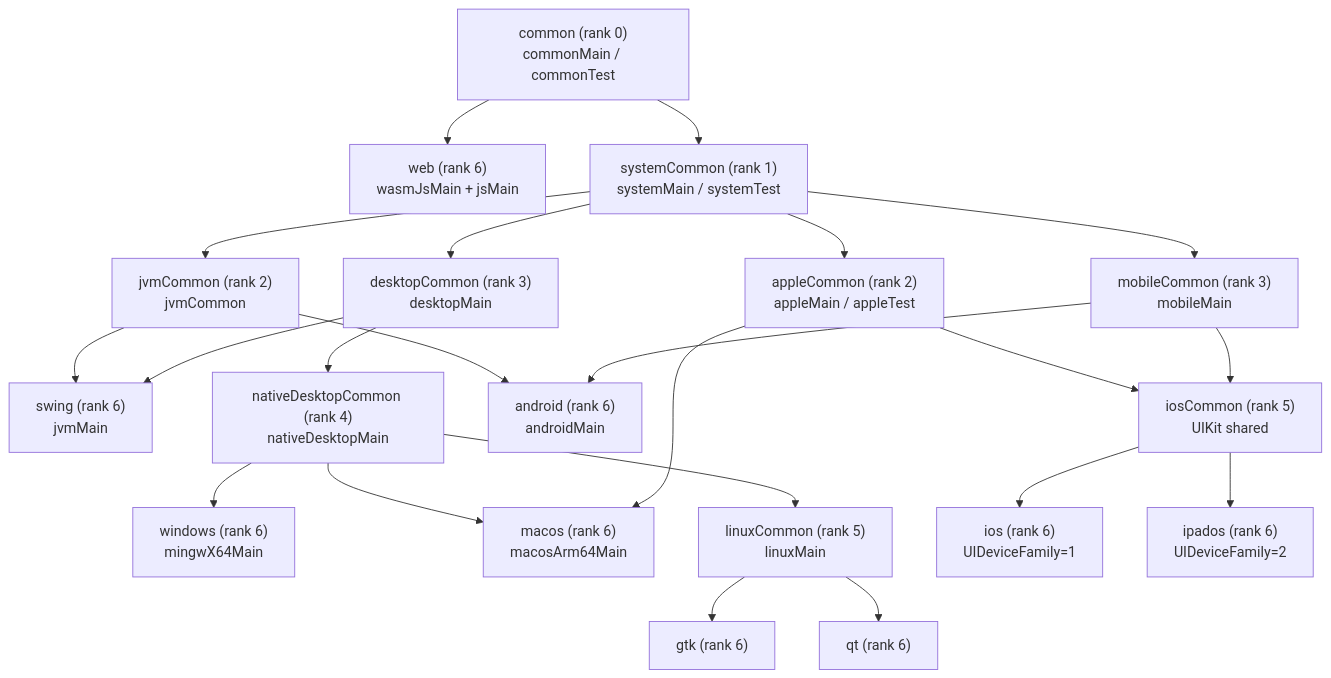
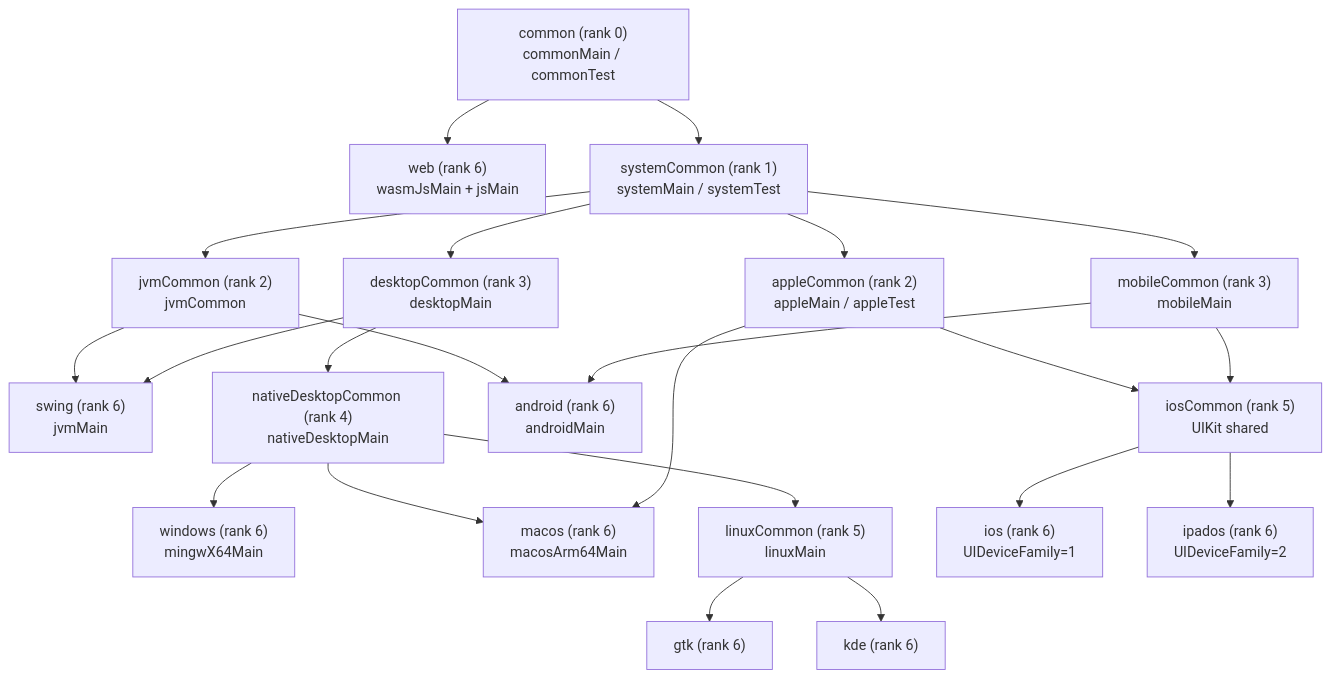
The diagram in docs/sourcesets.md (GenericUI/GenericUI), drawn with Mermaid before and after one commit. The commit also changed other lines of this file and 326 other files, not shown here.

````diff
--- a/docs/sourcesets.md
+++ b/docs/sourcesets.md
@@ -39,43 +39,43 @@
 ```mermaid
 flowchart TD
     common["common (rank 0)<br/>commonMain / commonTest"]
     web["web (rank 6)<br/>wasmJsMain + jsMain"]
     systemCommon["systemCommon (rank 1)<br/>systemMain / systemTest"]
     appleCommon["appleCommon (rank 2)<br/>appleMain / appleTest"]
     jvmCommon["jvmCommon (rank 2)<br/>jvmCommon"]
     desktopCommon["desktopCommon (rank 3)<br/>desktopMain"]
     mobileCommon["mobileCommon (rank 3)<br/>mobileMain"]
     swing["swing (rank 6)<br/>jvmMain"]
     nativeDesktopCommon["nativeDesktopCommon (rank 4)<br/>nativeDesktopMain"]
     windows["windows (rank 6)<br/>mingwX64Main"]
     macos["macos (rank 6)<br/>macosArm64Main"]
     linuxCommon["linuxCommon (rank 5)<br/>linuxMain"]
     gtk["gtk (rank 6)"]
-    qt["qt (rank 6)"]
+    kde["kde (rank 6)"]
     android["android (rank 6)<br/>androidMain"]
     iosCommon["iosCommon (rank 5)<br/>UIKit shared"]
     ios["ios (rank 6)<br/>UIDeviceFamily=1"]
     ipados["ipados (rank 6)<br/>UIDeviceFamily=2"]
 
     common --> web
     common --> systemCommon
     systemCommon --> jvmCommon
     systemCommon --> appleCommon
     systemCommon --> desktopCommon
     systemCommon --> mobileCommon
     jvmCommon --> swing
     jvmCommon --> android
     desktopCommon --> swing
     desktopCommon --> nativeDesktopCommon
     nativeDesktopCommon --> windows
     nativeDesktopCommon --> macos
     appleCommon --> macos
     appleCommon --> iosCommon
     nativeDesktopCommon --> linuxCommon
     linuxCommon --> gtk
-    linuxCommon --> qt
+    linuxCommon --> kde
     mobileCommon --> android
     mobileCommon --> iosCommon
     iosCommon --> ios
     iosCommon --> ipados
 ```
````
